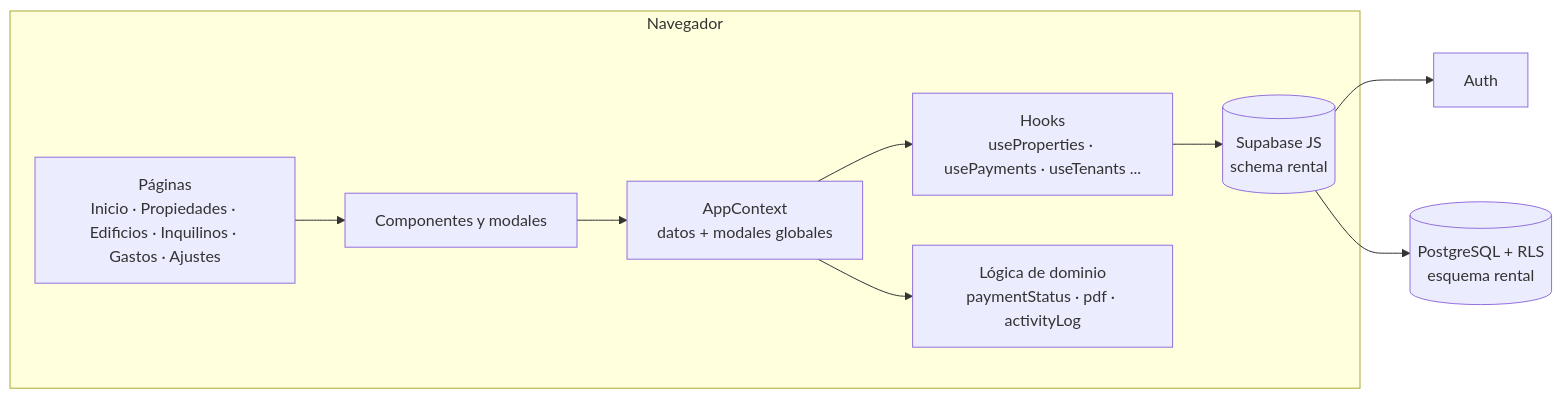
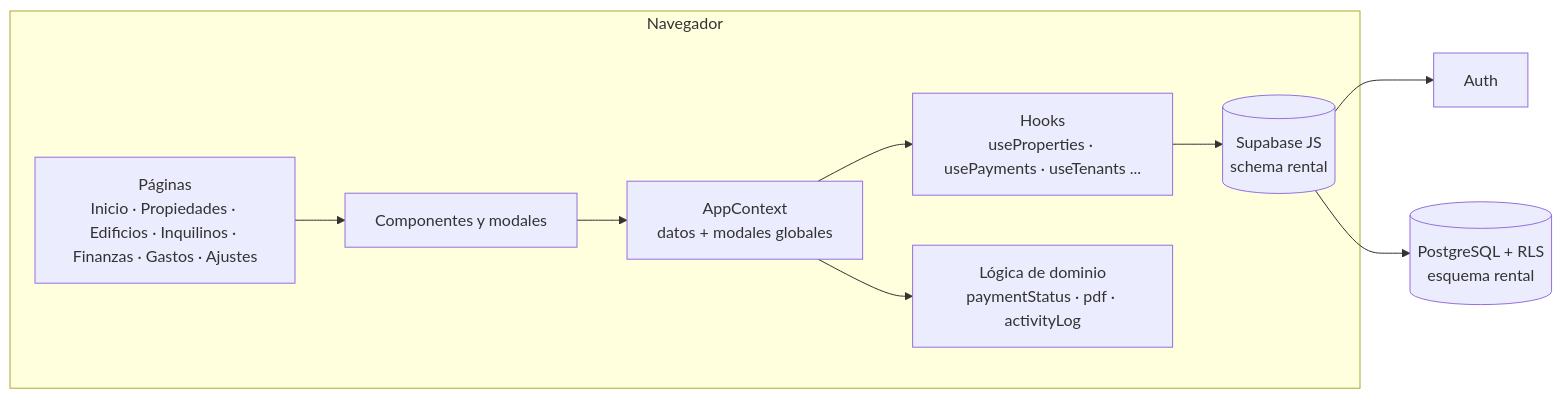
The diagram in docs/ARCHITECTURE.md (W4773/rental-management-system), drawn with Mermaid before and after one commit. The commit also changed other lines of this file and 28 other files, not shown here.

````diff
--- a/docs/ARCHITECTURE.md
+++ b/docs/ARCHITECTURE.md
@@ -7,14 +7,14 @@
 ```mermaid
 flowchart LR
     subgraph Navegador
-        P[Páginas<br/>Inicio · Propiedades · Edificios · Inquilinos · Gastos · Ajustes]
+        P[Páginas<br/>Inicio · Propiedades · Edificios · Inquilinos · Finanzas · Gastos · Ajustes]
         C[Componentes y modales]
         X[AppContext<br/>datos + modales globales]
         H[Hooks<br/>useProperties · usePayments · useTenants ...]
         L[Lógica de dominio<br/>paymentStatus · pdf · activityLog]
         P --> C --> X --> H --> S
         X --> L
     end
     S[(Supabase JS<br/>schema rental)] --> A[Auth]
     S --> D[(PostgreSQL + RLS<br/>esquema rental)]
 ```
````
